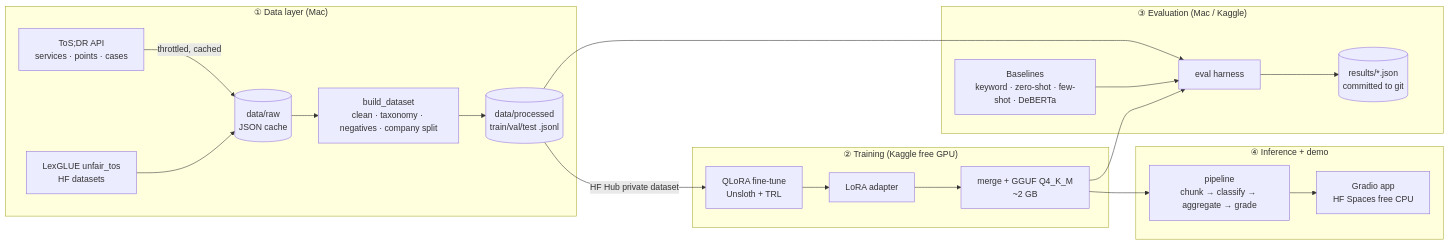
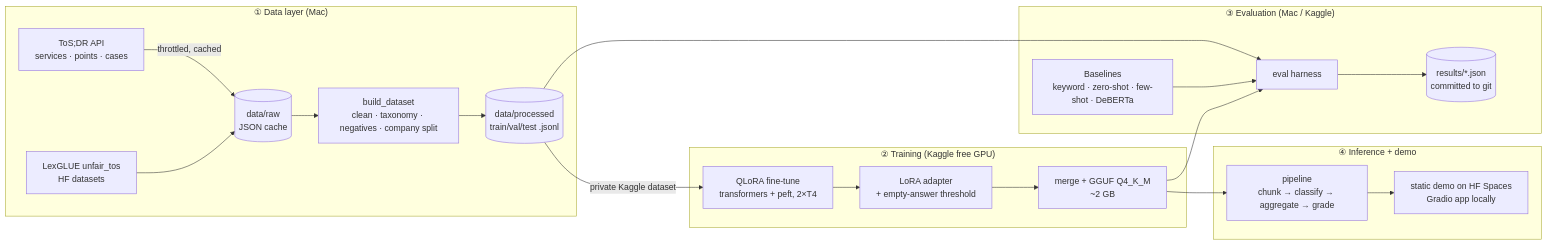
Before and after one commit to rupanjana15/fine-print: the first of 2 diagrams in docs/ARCHITECTURE.md, drawn with Mermaid. The commit also changed 13 other files, not shown here.

Commit message:
v1.0 WIP: release README + demo GIF, labels dataset (D44), whole-service grading setup (run_knob --shard/--threshold)

````diff
--- a/docs/ARCHITECTURE.md
+++ b/docs/ARCHITECTURE.md
@@ -14,27 +14,27 @@
 ```mermaid
 flowchart LR
     subgraph DATA["① Data layer (Mac)"]
         A[ToS;DR API<br/>services · points · cases] -->|throttled, cached| R[(data/raw<br/>JSON cache)]
         L[LexGLUE unfair_tos<br/>HF datasets] --> R
         R --> B[build_dataset<br/>clean · taxonomy · negatives · company split]
         B --> P[(data/processed<br/>train/val/test .jsonl)]
     end
 
     subgraph TRAIN["② Training (Kaggle free GPU)"]
-        P -->|HF Hub private dataset| T[QLoRA fine-tune<br/>Unsloth + TRL]
-        T --> AD[LoRA adapter]
+        P -->|private Kaggle dataset| T[QLoRA fine-tune<br/>transformers + peft, 2×T4]
+        T --> AD[LoRA adapter<br/>+ empty-answer threshold]
         AD --> M[merge + GGUF Q4_K_M<br/>~2 GB]
     end
 
     subgraph EVAL["③ Evaluation (Mac / Kaggle)"]
         P --> E[eval harness]
         BL[Baselines<br/>keyword · zero-shot · few-shot · DeBERTa] --> E
         M --> E
         E --> RS[(results/*.json<br/>committed to git)]
     end
 
     subgraph SERVE["④ Inference + demo"]
         M --> I[pipeline<br/>chunk → classify → aggregate → grade]
-        I --> UI[Gradio app<br/>HF Spaces free CPU]
+        I --> UI[static demo on HF Spaces<br/>Gradio app locally]
     end
 ```
````
